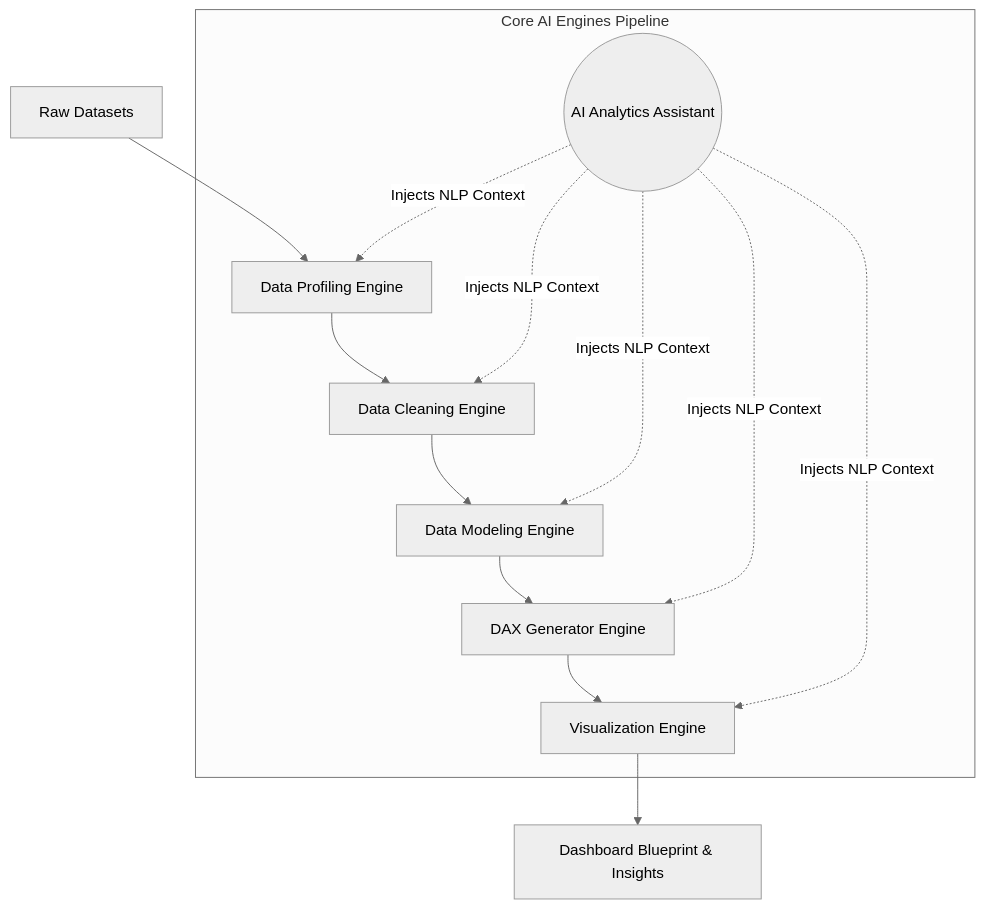
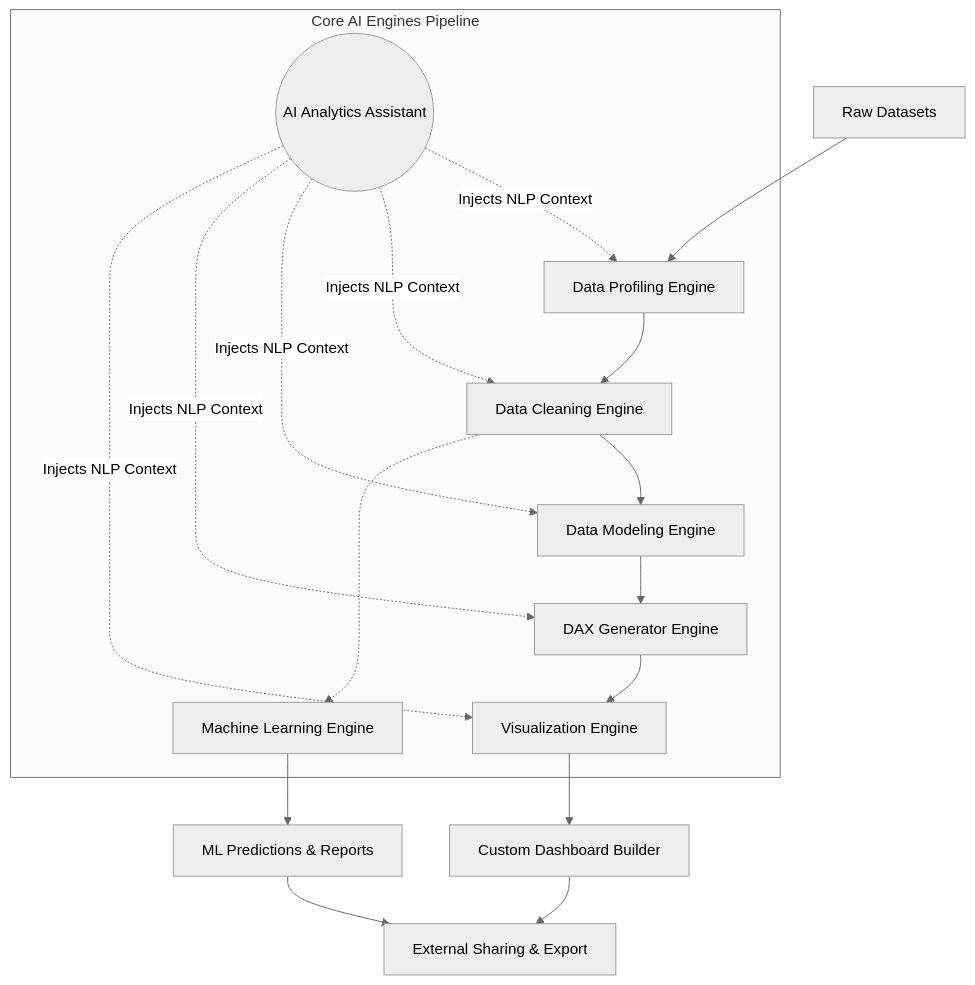
One commit to arththakkar1/insight-flow-web-app changed the diagram in doc/explanation/core-features.md. Above: the diagram before and after it, drawn with Mermaid (neutral theme). The commit also changed other lines of this file and 15 other files, not shown here.

````diff
--- a/doc/explanation/core-features.md
+++ b/doc/explanation/core-features.md
@@ -9,19 +9,24 @@
 ```mermaid
 graph TD
     Data["Raw Datasets"] --> Engine1
     
     subgraph "Core AI Engines Pipeline"
         Engine1["Data Profiling Engine"] --> Engine2["Data Cleaning Engine"]
         Engine2 --> Engine3["Data Modeling Engine"]
         Engine3 --> Engine4["DAX Generator Engine"]
         Engine4 --> Engine5["Visualization Engine"]
+        Engine2 -.-> MLEngine["Machine Learning Engine"]
         
         Assistant(("AI Analytics Assistant")) -.->|"Injects NLP Context"| Engine1
         Assistant -.->|"Injects NLP Context"| Engine2
         Assistant -.->|"Injects NLP Context"| Engine3
         Assistant -.->|"Injects NLP Context"| Engine4
         Assistant -.->|"Injects NLP Context"| Engine5
     end
     
-    Engine5 --> Output["Dashboard Blueprint & Insights"]
+    Engine5 --> DashboardBuild["Custom Dashboard Builder"]
+    MLEngine --> MLPredict["ML Predictions & Reports"]
+    
+    DashboardBuild --> Share["External Sharing & Export"]
+    MLPredict --> Share
 ```
````
